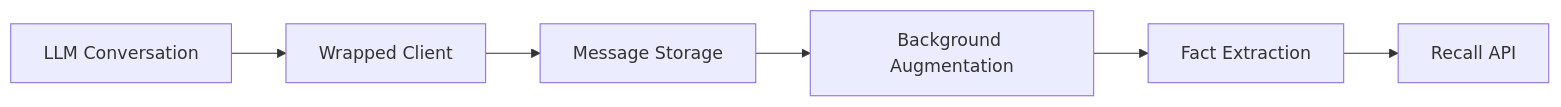
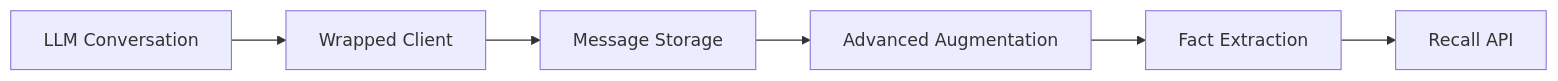
The diagram in docs/getting-started/basic-usage.md (codemaker1023/Memori), drawn with Mermaid before and after one commit. The commit also changed 3 other files, not shown here.

````diff
--- a/docs/getting-started/basic-usage.md
+++ b/docs/getting-started/basic-usage.md
@@ -59,8 +59,8 @@
 ```mermaid
 graph LR
     A[LLM Conversation] --> B[Wrapped Client]
     B --> C[Message Storage]
-    C --> D[Background Augmentation]
+    C --> D[Advanced Augmentation]
     D --> E[Fact Extraction]
     E --> F[Recall API]
 ```
````
